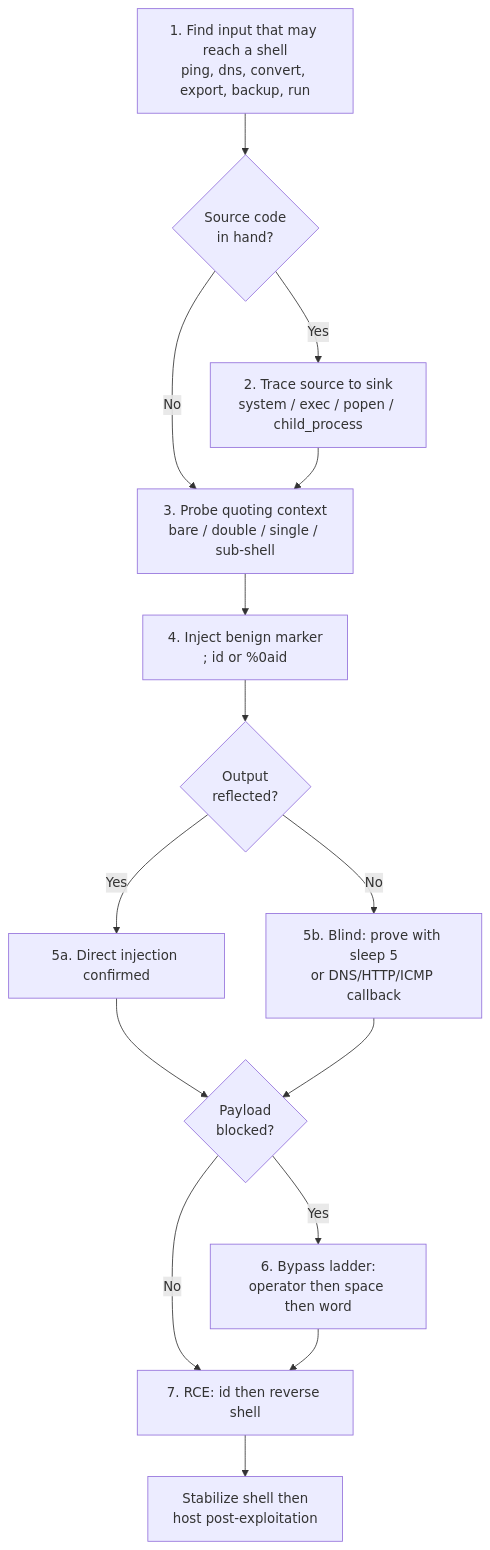
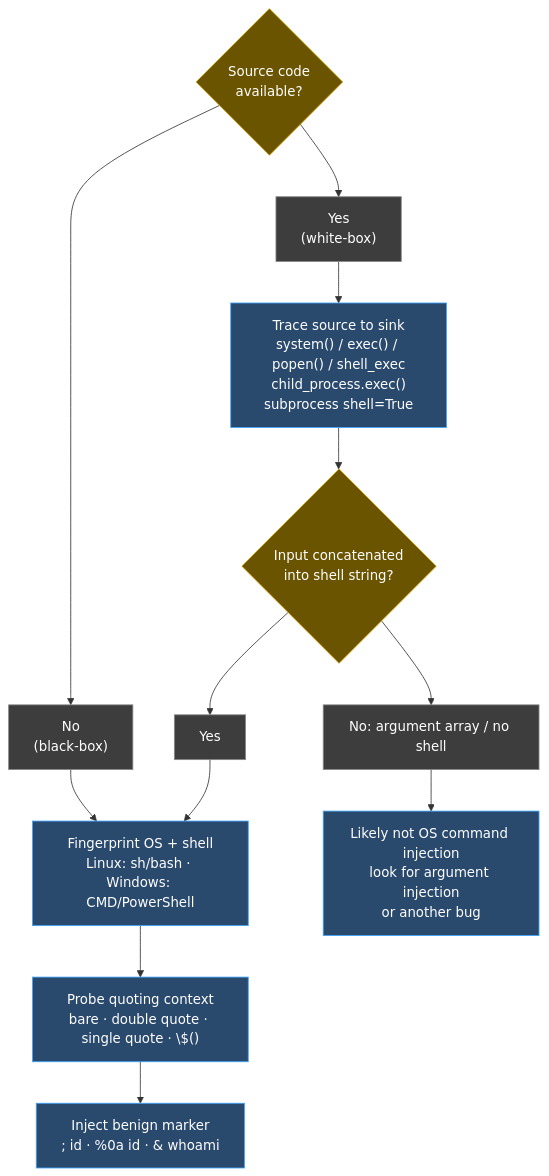
The second of 5 diagrams in app/Web-Attacks/OSINJECTION/page.mdx (Alpastx/ThePensieve), drawn with Mermaid before and after one commit. The commit also changed other lines of this file and 1 other file, not shown here.

Commit message:
Added customo mermaid design

````diff
--- a/app/Web-Attacks/OSINJECTION/page.mdx
+++ b/app/Web-Attacks/OSINJECTION/page.mdx
@@ -1,17 +173,39 @@
 ```mermaid
 flowchart TD
-    A[1. Find input that may reach a shell<br/>ping, dns, convert, export, backup, run] --> B{Source code<br/>in hand?}
-    B -- Yes --> C[2. Trace source to sink<br/>system / exec / popen / child_process]
-    B -- No --> D[3. Probe quoting context<br/>bare / double / single / sub-shell]
-    C --> D
-    D --> E[4. Inject benign marker<br/>; id  or  %0aid]
-    E --> F{Output<br/>reflected?}
-    F -- Yes --> G[5a. Direct injection confirmed]
-    F -- No --> H[5b. Blind: prove with sleep 5<br/>or DNS/HTTP/ICMP callback]
-    G --> I{Payload<br/>blocked?}
-    H --> I
-    I -- No --> K[7. RCE: id then reverse shell]
-    I -- Yes --> J[6. Bypass ladder:<br/>operator then space then word]
-    J --> K
-    K --> L[Stabilize shell then<br/>host post-exploitation]
+
+    %% Entry from previous decision
+    SC{"Source code<br/>available?"}
+
+    SC --> Y1["Yes<br/>(white-box)"]
+    SC --> N1["No<br/>(black-box)"]
+
+    %% White-box path
+    Y1 --> T["Trace source to sink<br/>system() / exec() / popen() / shell_exec<br/>child_process.exec()<br/>subprocess shell=True"]
+
+    T --> D{"Input concatenated<br/>into shell string?"}
+
+    %% Black-box joins here
+    N1 --> F["Fingerprint OS + shell<br/>Linux: sh/bash · Windows: CMD/PowerShell"]
+
+    %% Decision outcomes
+    D --> Y2["Yes"]
+    D --> N2["No: argument array / no shell"]
+
+    Y2 --> F
+
+    N2 --> L["Likely not OS command injection<br/>look for argument injection<br/>or another bug"]
+
+    %% Continue
+    F --> Q["Probe quoting context<br/>bare · double quote · single quote · \$()"]
+
+    Q --> I["Inject benign marker<br/>; id · %0a id · & whoami"]
+
+    %% Styling
+    classDef decision fill:#6b5400,stroke:#d4a100,color:#fff;
+    classDef process fill:#29496d,stroke:#3ea6ff,color:#fff;
+    classDef label fill:#3d3d3d,stroke:#888,color:#fff;
+
+    class SC,D decision;
+    class T,F,Q,I,L process;
+    class Y1,N1,Y2,N2 label;
 ```
````
